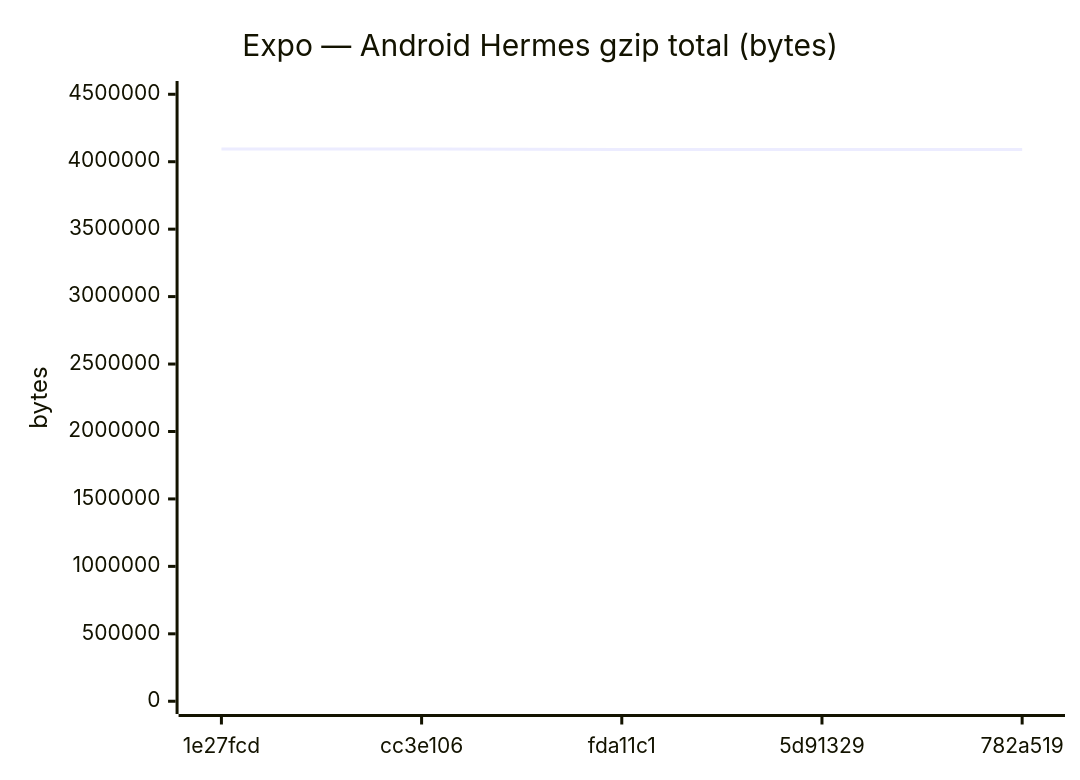
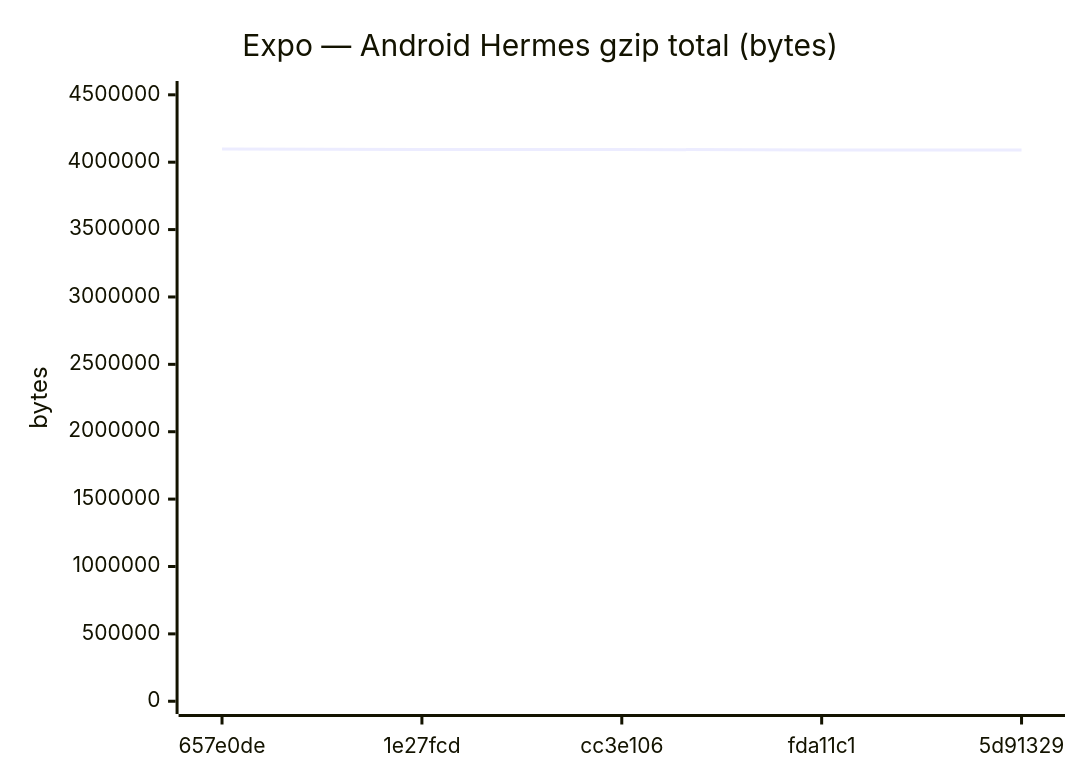
Before and after one commit to Metaheurist/Rianell: diagram 11 of 18 in benchmarks/compare.md, drawn with Mermaid. The commit also changed other lines of this file and 11 other files, not shown here.

````diff
--- a/benchmarks/compare.md
+++ b/benchmarks/compare.md
@@ -172,7 +172,7 @@
 ```mermaid
 xychart-beta
     title "Expo — Android Hermes gzip total (bytes)"
-    x-axis ["1e27fcd", "cc3e106", "fda11c1", "5d91329", "782a519"]
-    y-axis "bytes" 0 --> 4503912
-    line [4094465, 4094465, 4090789, 4090787, 4090360]
+    x-axis ["657e0de", "1e27fcd", "cc3e106", "fda11c1", "5d91329"]
+    y-axis "bytes" 0 --> 4507892
+    line [4098083, 4094465, 4094465, 4090789, 4090787]
 ```
````
